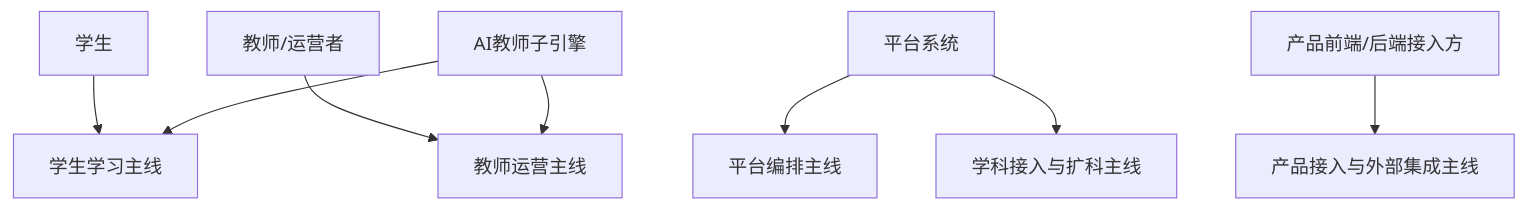
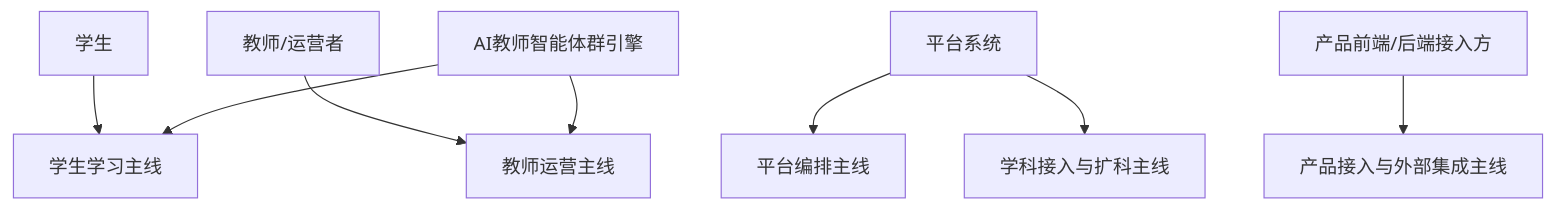
One commit to chenqsq/doc-showcase changed the first of 2 diagrams in doc/智能体文档/平台层/AI主导学习平台-角色主线与阶段地图.md. Above: the diagram before and after it, drawn with Mermaid. The commit also changed other lines of this file and 42 other files, not shown here.

Commit message:
文档站：切换 AI 主导学习生命周期与实时演化学习地图口径

````diff
--- a/doc/智能体文档/平台层/AI主导学习平台-角色主线与阶段地图.md
+++ b/doc/智能体文档/平台层/AI主导学习平台-角色主线与阶段地图.md
@@ -30,10 +30,10 @@
 ```mermaid
 flowchart TD
     A[学生] --> B[学生学习主线]
     C[教师/运营者] --> D[教师运营主线]
     E[平台系统] --> F[平台编排主线]
     E --> G[学科接入与扩科主线]
     H[产品前端/后端接入方] --> I[产品接入与外部集成主线]
-    J[AI教师子引擎] --> B
+    J[AI教师智能体群引擎] --> B
     J --> D
 ```
````
